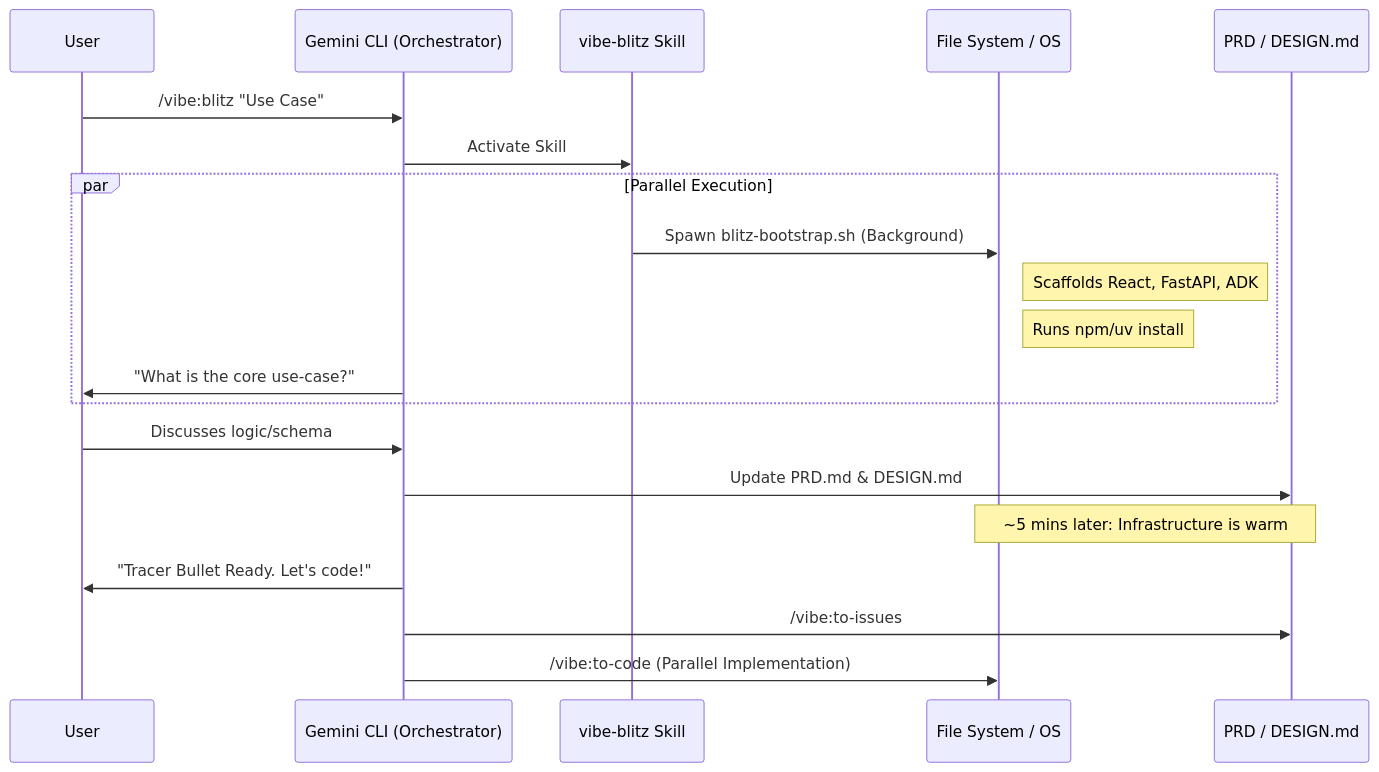
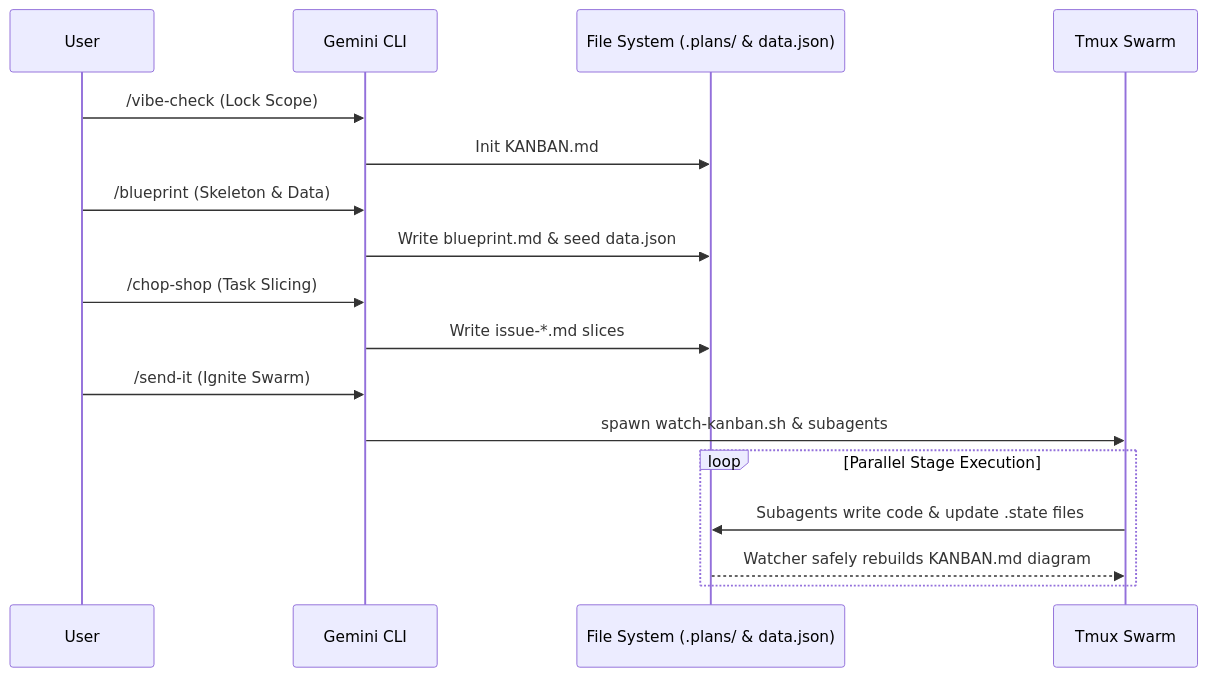
One commit to sapientcoffee/vibe-games changed the diagram in README.md. Above: the diagram before and after it, drawn with Mermaid. The commit also changed other lines of this file and 53 other files, not shown here.

Commit message:
improved flow and tidy up

````diff
--- a/README.md
+++ b/README.md
@@ -11,23 +15,20 @@
 ```mermaid
 sequenceDiagram
     participant User
-    participant Gemini as Gemini CLI (Orchestrator)
-    participant Blitz as vibe-blitz Skill
-    participant FS as File System / OS
-    participant Design as PRD / DESIGN.md
-
-    User->>Gemini: /vibe:blitz "Use Case"
-    Gemini->>Blitz: Activate Skill
-    par Parallel Execution
-        Blitz->>FS: Spawn blitz-bootstrap.sh (Background)
-        Note right of FS: Scaffolds React, FastAPI, ADK
-        Note right of FS: Runs npm/uv install
-        Gemini->>User: "What is the core use-case?"
+    participant G as Gemini CLI
+    participant FS as File System (.plans/ & data.json)
+    participant Tmux as Tmux Swarm
+    
+    User->>G: /vibe-check (Lock Scope)
+    G->>FS: Init KANBAN.md
+    User->>G: /blueprint (Skeleton & Data)
+    G->>FS: Write blueprint.md & seed data.json
+    User->>G: /chop-shop (Task Slicing)
+    G->>FS: Write issue-*.md slices
+    User->>G: /send-it (Ignite Swarm)
+    G->>Tmux: spawn watch-kanban.sh & subagents
+    loop Parallel Stage Execution
+        Tmux->>FS: Subagents write code & update .state files
+        FS-->>Tmux: Watcher safely rebuilds KANBAN.md diagram
     end
-    User->>Gemini: Discusses logic/schema
-    Gemini->>Design: Update PRD.md & DESIGN.md
-    Note over FS,Design: ~5 mins later: Infrastructure is warm
-    Gemini->>User: "Tracer Bullet Ready. Let's code!"
-    Gemini->>Design: /vibe:to-issues
-    Gemini->>FS: /vibe:to-code (Parallel Implementation)
 ```
````
